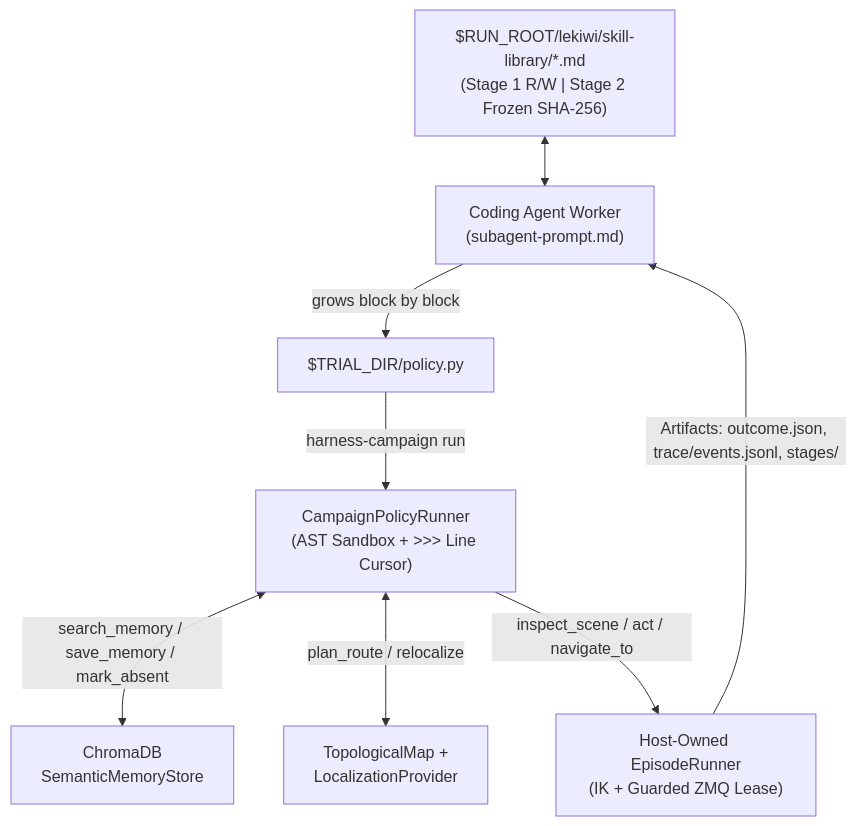
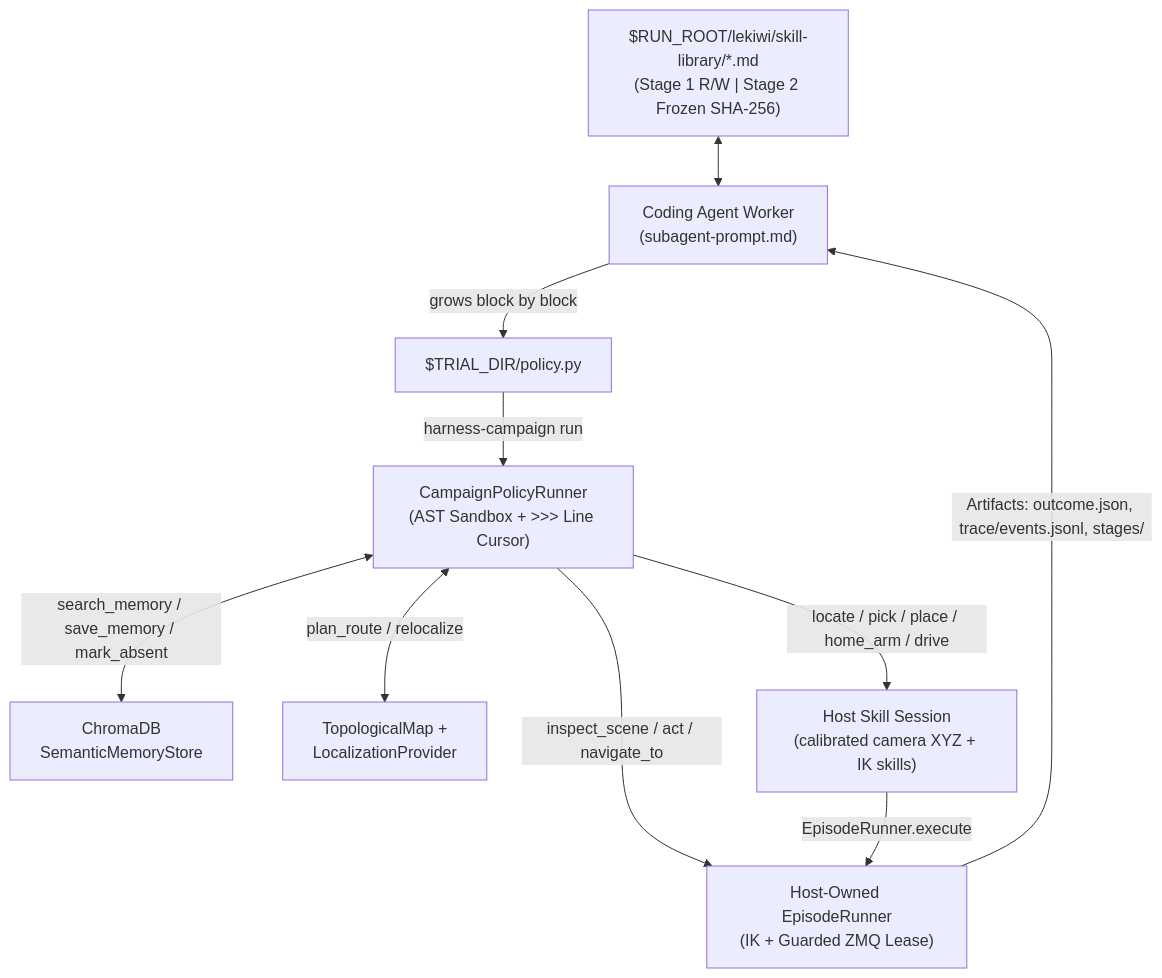
The diagram in docs/hierarchical-plan.md (user00144/lekiwi), drawn with Mermaid before and after one commit. The commit also changed other lines of this file and 33 other files, not shown here.

````diff
--- a/docs/hierarchical-plan.md
+++ b/docs/hierarchical-plan.md
@@ -31,10 +45,12 @@
 ```mermaid
 flowchart TD
     Agent["Coding Agent Worker\n(subagent-prompt.md)"] -->|"grows block by block"| Policy["$TRIAL_DIR/policy.py"]
     SkillLib["$RUN_ROOT/lekiwi/skill-library/*.md\n(Stage 1 R/W | Stage 2 Frozen SHA-256)"] <--> Agent
     Policy -->|"harness-campaign run"| Runner["CampaignPolicyRunner\n(AST Sandbox + >>> Line Cursor)"]
     Runner <-->|"search_memory / save_memory / mark_absent"| Chroma["ChromaDB\nSemanticMemoryStore"]
     Runner <-->|"plan_route / relocalize"| Topo["TopologicalMap +\nLocalizationProvider"]
     Runner -->|"inspect_scene / act / navigate_to"| Inner["Host-Owned EpisodeRunner\n(IK + Guarded ZMQ Lease)"]
+    Runner -->|"locate / pick / place / home_arm / drive"| Skills["Host Skill Session\n(calibrated camera XYZ + IK skills)"]
+    Skills -->|"EpisodeRunner.execute"| Inner
     Inner -->|"Artifacts: outcome.json, trace/events.jsonl, stages/"| Agent
 ```
````
